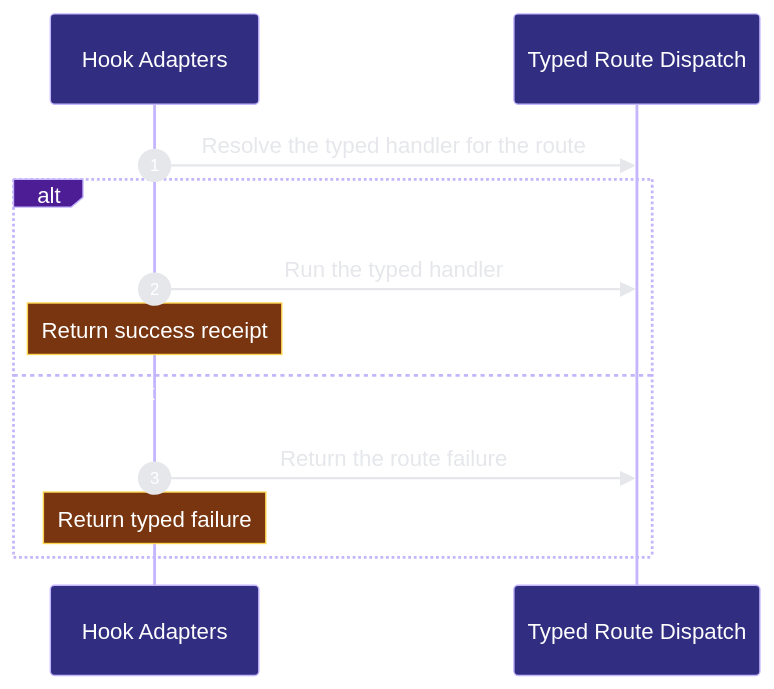
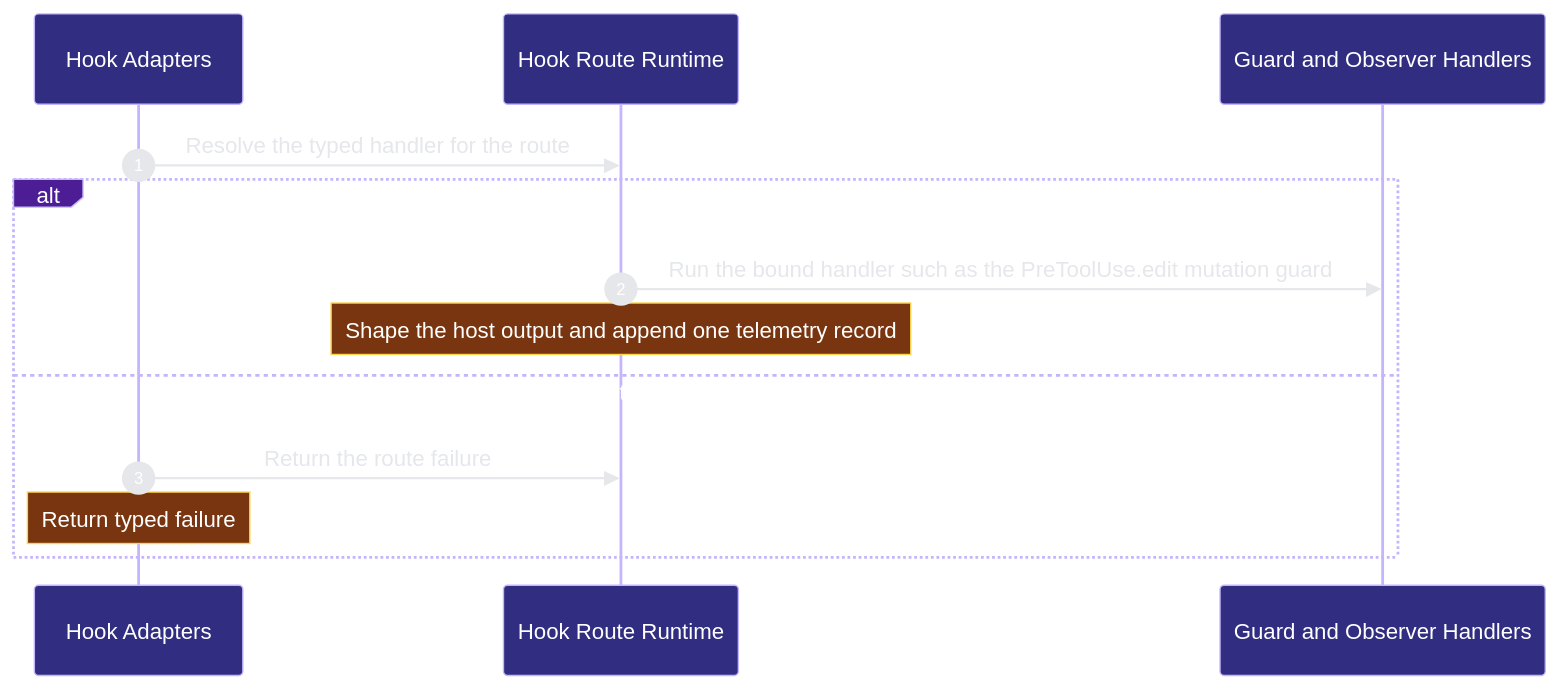
Before and after one commit to Ancienttwo/repo-harness: the third of 4 diagrams in docs/architecture/modules/runtime-harness/hook-adapters.md, drawn with Mermaid. The commit also changed other lines of this file and 65 other files, not shown here.

````diff
--- a/docs/architecture/modules/runtime-harness/hook-adapters.md
+++ b/docs/architecture/modules/runtime-harness/hook-adapters.md
@@ -55,15 +82,16 @@
 ```mermaid
 %%{init: {"theme":"base","themeVariables":{"background":"#0d1117","actorBkg":"#312e81","actorBorder":"#c4b5fd","actorTextColor":"#ffffff","signalColor":"#e5e7eb","signalTextColor":"#e5e7eb","labelBoxBkgColor":"#4c1d95","labelBoxBorderColor":"#c4b5fd","labelTextColor":"#ffffff","noteBkgColor":"#78350f","noteBorderColor":"#fcd34d","noteTextColor":"#ffffff","sequenceNumberColor":"#ffffff"}}}%%
 sequenceDiagram
   autonumber
   participant p2_capability_4262990f as Hook Adapters
-  participant p2_component_7b8d80ff as Typed Route Dispatch
-  p2_capability_4262990f->>p2_component_7b8d80ff: Resolve the typed handler for the route
-  alt The typed handler completes
-  p2_capability_4262990f->>p2_component_7b8d80ff: Run the typed handler
-    Note over p2_capability_4262990f: Return success receipt
+  participant p2_route_runtime_281dbb1e as Hook Route Runtime
+  participant p2_edit_guards_5119ddfa as Guard and Observer Handlers
+  p2_capability_4262990f->>p2_route_runtime_281dbb1e: Resolve the typed handler for the route
+  alt The typed handler returns a structured result
+  p2_route_runtime_281dbb1e->>p2_edit_guards_5119ddfa: Run the bound handler such as the PreToolUse.edit mutation guard
+    Note over p2_route_runtime_281dbb1e: Shape the host output and append one telemetry record
   else An unknown route or unbound handler fails closed
-  p2_capability_4262990f->>p2_component_7b8d80ff: Return the route failure
+  p2_capability_4262990f->>p2_route_runtime_281dbb1e: Return the route failure
     Note over p2_capability_4262990f: Return typed failure
   end
 ```
````
